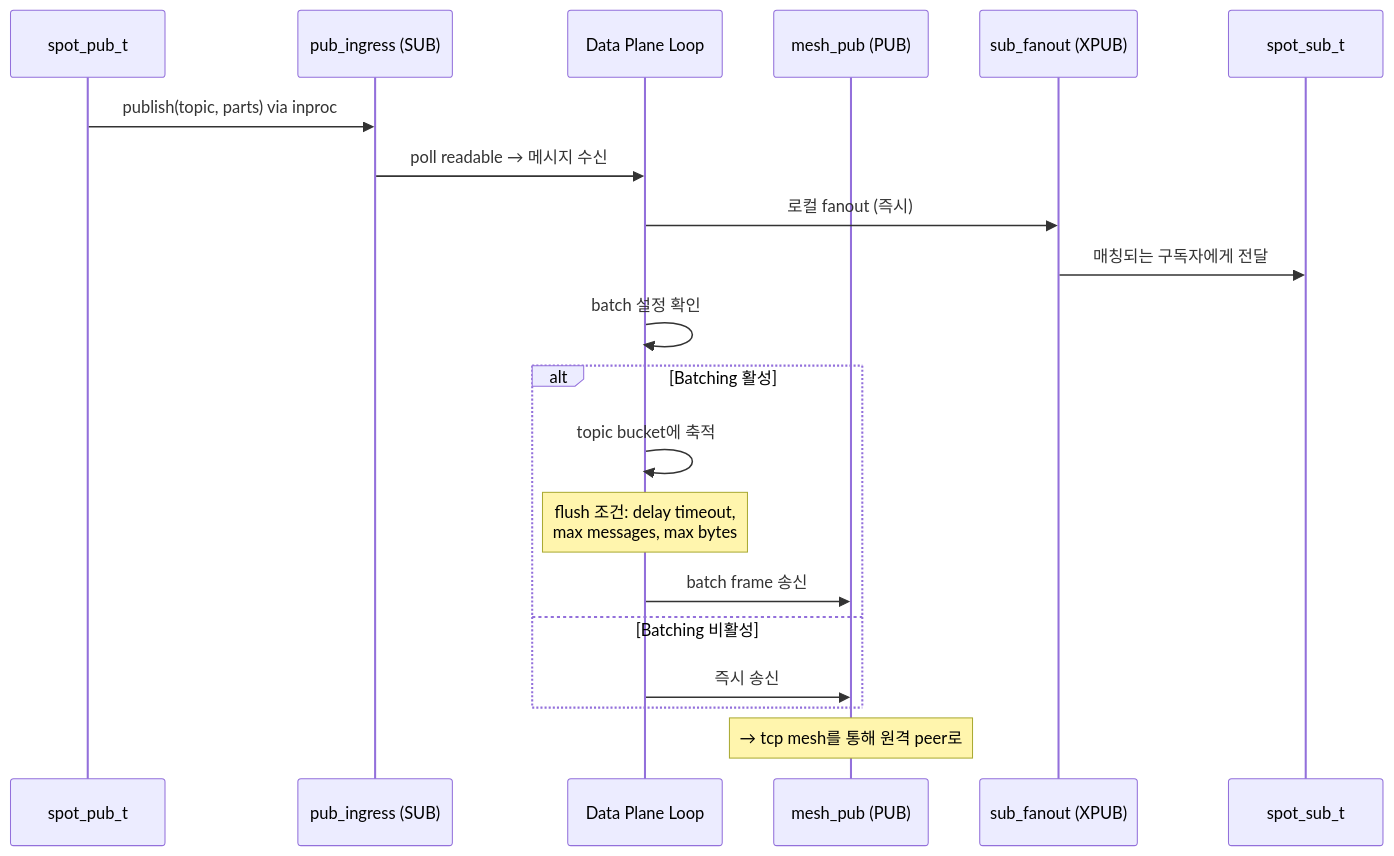
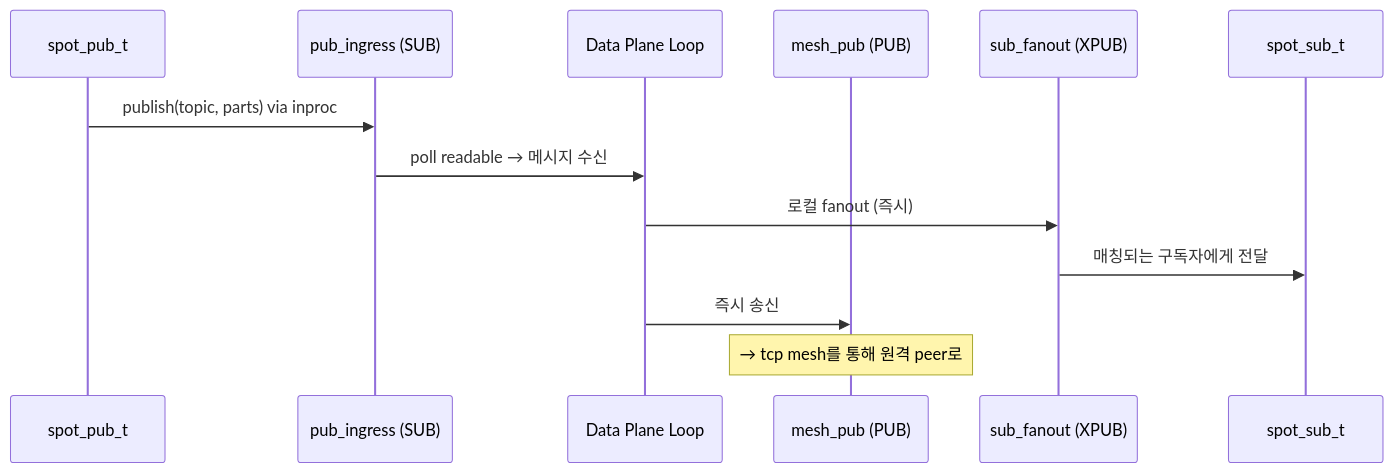
The fifth of 14 diagrams in doc/internals/services-internals.ko.md (kairos-code-dev/zlink), drawn with Mermaid before and after one commit. The commit also changed other lines of this file and 624 other files, not shown here.

````diff
--- a/doc/internals/services-internals.ko.md
+++ b/doc/internals/services-internals.ko.md
@@ -337,23 +337,16 @@
 ```mermaid
 sequenceDiagram
     participant Pub as spot_pub_t
     participant Ingress as pub_ingress (SUB)
     participant DP as Data Plane Loop
     participant MeshPub as mesh_pub (PUB)
     participant Fanout as sub_fanout (XPUB)
     participant Sub as spot_sub_t
 
     Pub->>Ingress: publish(topic, parts) via inproc
     Ingress->>DP: poll readable → 메시지 수신
     DP->>Fanout: 로컬 fanout (즉시)
     Fanout->>Sub: 매칭되는 구독자에게 전달
-    DP->>DP: batch 설정 확인
-    alt Batching 활성
-        DP->>DP: topic bucket에 축적
-        Note over DP: flush 조건: delay timeout,<br/>max messages, max bytes
-        DP->>MeshPub: batch frame 송신
-    else Batching 비활성
-        DP->>MeshPub: 즉시 송신
-    end
+    DP->>MeshPub: 즉시 송신
     Note over MeshPub: → tcp mesh를 통해 원격 peer로
 ```
````
